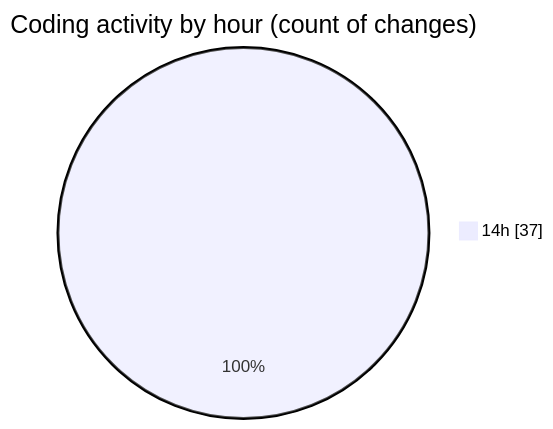
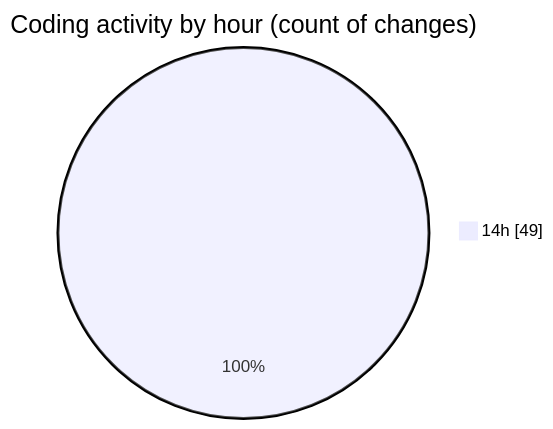
The second of 2 diagrams in 2025-02-27/audiobooks-web/README.md (robertbonfada/code-tracking), drawn with Mermaid before and after one commit. The commit also changed other lines of this file and 1 other file, not shown here.

````diff
--- a/2025-02-27/audiobooks-web/README.md
+++ b/2025-02-27/audiobooks-web/README.md
@@ -33,5 +36,5 @@
 ```mermaid
 pie showData
 title Coding activity by hour (count of changes)
-"14h" : 37
+"14h" : 49
 ```
````
